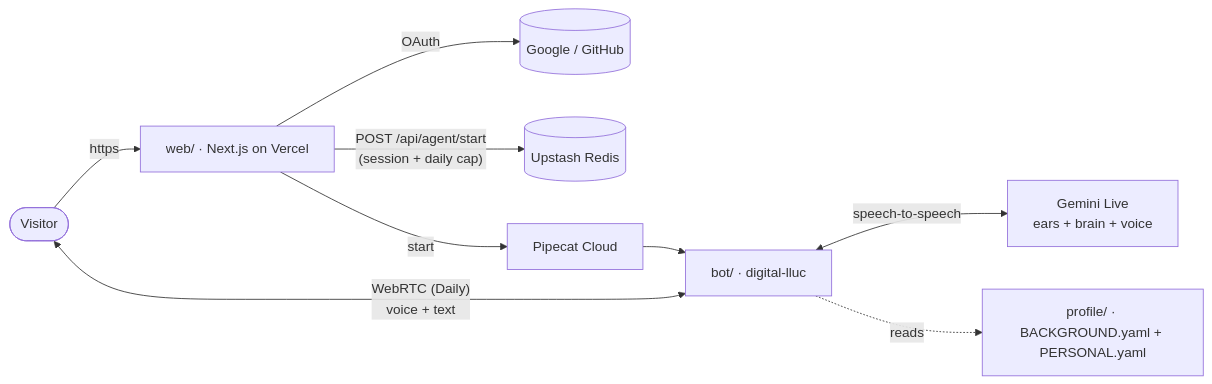
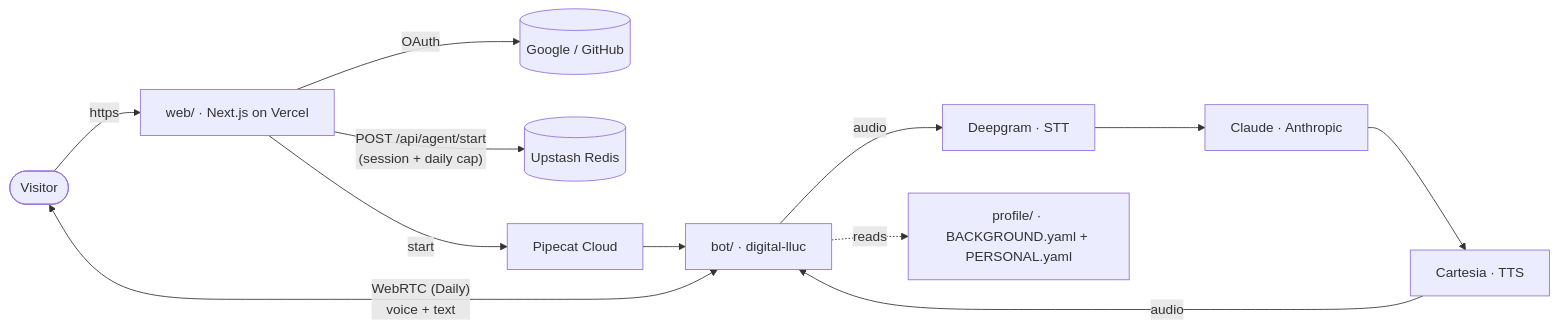
Before and after one commit to Lluc24/digital-lluc: the diagram in README.md, drawn with Mermaid. The commit also changed other lines of this file and 4 other files, not shown here.

First line of the commit message:
Switch bot pipeline to Deepgram STT + Anthropic LLM + Cartesia TTS

````diff
--- a/README.md
+++ b/README.md
@@ -15,11 +15,14 @@
 ```mermaid
 flowchart LR
     V([Visitor]) -->|https| W[web/ · Next.js on Vercel]
     W -->|OAuth| A[(Google / GitHub)]
     W -->|"POST /api/agent/start<br/>(session + daily cap)"| U[(Upstash Redis)]
     W -->|start| PC[Pipecat Cloud]
     PC --> B[bot/ · digital-lluc]
     V <-->|"WebRTC (Daily)<br/>voice + text"| B
-    B <-->|speech-to-speech| G[Gemini Live<br/>ears + brain + voice]
+    B -->|audio| D[Deepgram · STT]
+    D --> C[Claude · Anthropic]
+    C --> K[Cartesia · TTS]
+    K -->|audio| B
     B -.reads.-> P[profile/ · BACKGROUND.yaml + PERSONAL.yaml]
 ```
````
